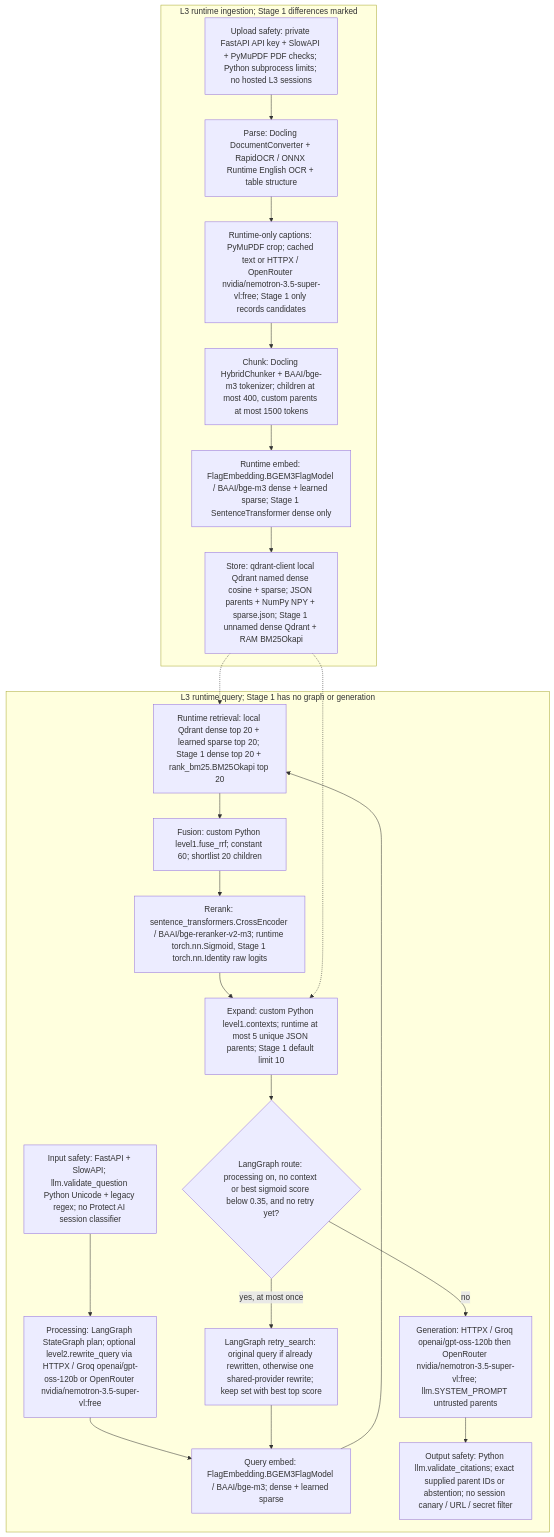
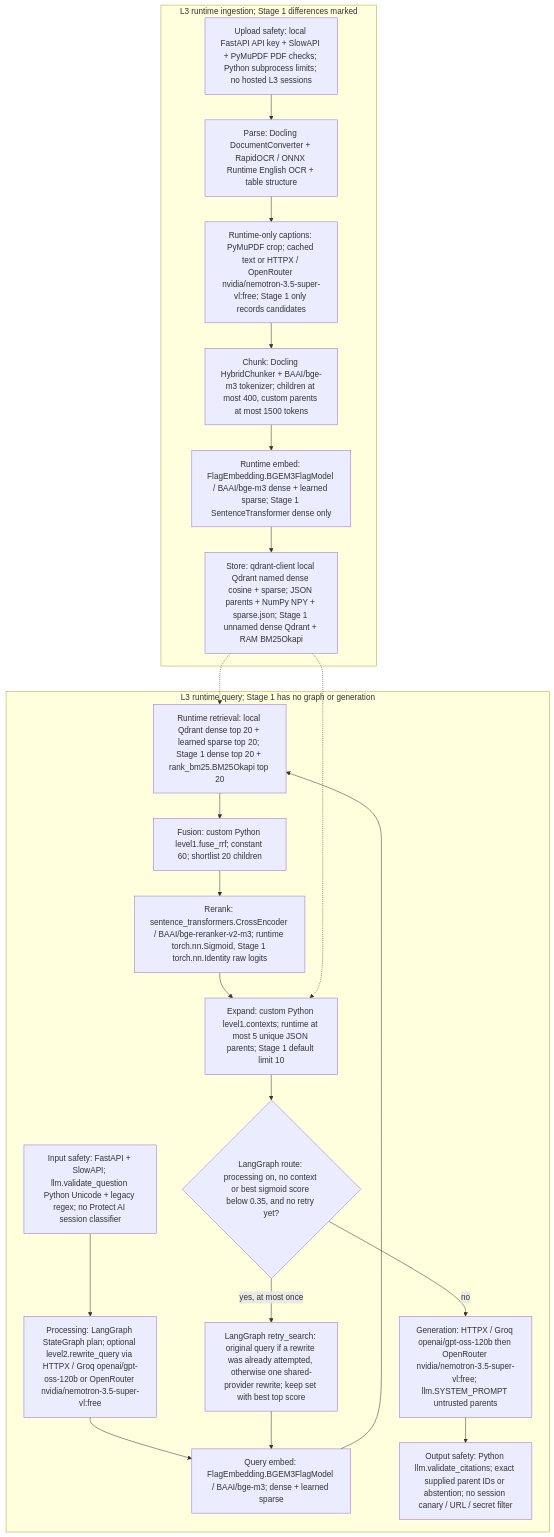
The third of 3 diagrams in flow_diagrams.md (Shahid-Malek/rag-ladder), drawn with Mermaid before and after one commit. The commit also changed other lines of this file and 121 other files, not shown here.

````diff
--- a/flow_diagrams.md
+++ b/flow_diagrams.md
@@ -118,30 +118,30 @@
 ```mermaid
 flowchart TB
   subgraph I3["L3 runtime ingestion; Stage 1 differences marked"]
-    L3I["Upload safety: private FastAPI API key + SlowAPI + PyMuPDF PDF checks; Python subprocess limits; no hosted L3 sessions"]
+    L3I["Upload safety: local FastAPI API key + SlowAPI + PyMuPDF PDF checks; Python subprocess limits; no hosted L3 sessions"]
     L3P["Parse: Docling DocumentConverter + RapidOCR / ONNX Runtime English OCR + table structure"]
     L3C["Runtime-only captions: PyMuPDF crop; cached text or HTTPX / OpenRouter nvidia/nemotron-3.5-super-vl:free; Stage 1 only records candidates"]
     L3H["Chunk: Docling HybridChunker + BAAI/bge-m3 tokenizer; children at most 400, custom parents at most 1500 tokens"]
     L3E["Runtime embed: FlagEmbedding.BGEM3FlagModel / BAAI/bge-m3 dense + learned sparse; Stage 1 SentenceTransformer dense only"]
     L3S["Store: qdrant-client local Qdrant named dense cosine + sparse; JSON parents + NumPy NPY + sparse.json; Stage 1 unnamed dense Qdrant + RAM BM25Okapi"]
     L3I --> L3P --> L3C --> L3H --> L3E --> L3S
   end
   subgraph Q3["L3 runtime query; Stage 1 has no graph or generation"]
     L3V["Input safety: FastAPI + SlowAPI; llm.validate_question Python Unicode + legacy regex; no Protect AI session classifier"]
     L3Q["Processing: LangGraph StateGraph plan; optional level2.rewrite_query via HTTPX / Groq openai/gpt-oss-120b or OpenRouter nvidia/nemotron-3.5-super-vl:free"]
     L3B["Query embed: FlagEmbedding.BGEM3FlagModel / BAAI/bge-m3; dense + learned sparse"]
     L3R["Runtime retrieval: local Qdrant dense top 20 + learned sparse top 20; Stage 1 dense top 20 + rank_bm25.BM25Okapi top 20"]
     L3F["Fusion: custom Python level1.fuse_rrf; constant 60; shortlist 20 children"]
     L3X["Rerank: sentence_transformers.CrossEncoder / BAAI/bge-reranker-v2-m3; runtime torch.nn.Sigmoid, Stage 1 torch.nn.Identity raw logits"]
     L3A["Expand: custom Python level1.contexts; runtime at most 5 unique JSON parents; Stage 1 default limit 10"]
     L3T{"LangGraph route: processing on, no context or best sigmoid score below 0.35, and no retry yet?"}
-    L3Y["LangGraph retry_search: original query if already rewritten, otherwise one shared-provider rewrite; keep set with best top score"]
+    L3Y["LangGraph retry_search: original query if a rewrite was already attempted, otherwise one shared-provider rewrite; keep set with best top score"]
     L3G["Generation: HTTPX / Groq openai/gpt-oss-120b then OpenRouter nvidia/nemotron-3.5-super-vl:free; llm.SYSTEM_PROMPT untrusted parents"]
     L3O["Output safety: Python llm.validate_citations; exact supplied parent IDs or abstention; no session canary / URL / secret filter"]
     L3V --> L3Q --> L3B --> L3R --> L3F --> L3X --> L3A --> L3T
     L3T -->|yes, at most once| L3Y --> L3B
     L3T -->|no| L3G --> L3O
   end
   L3S -.-> L3R
   L3S -.-> L3A
 ```
````
